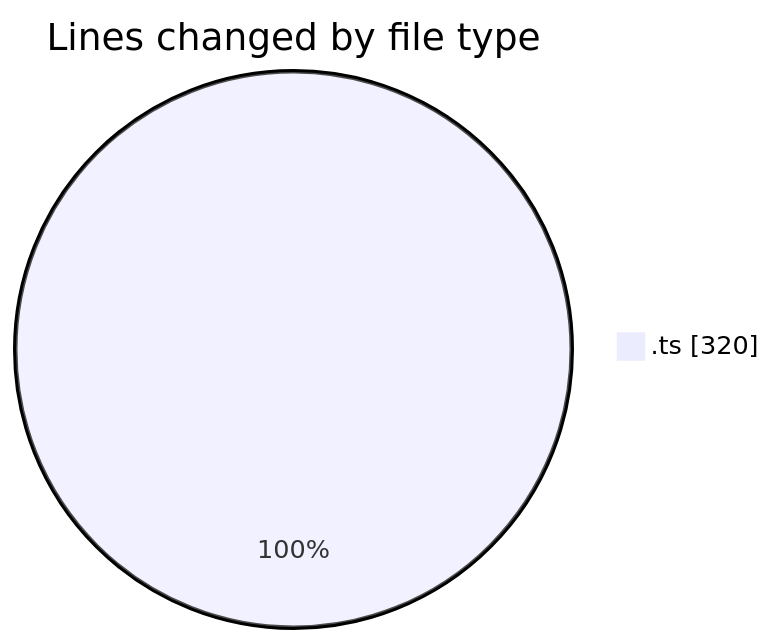
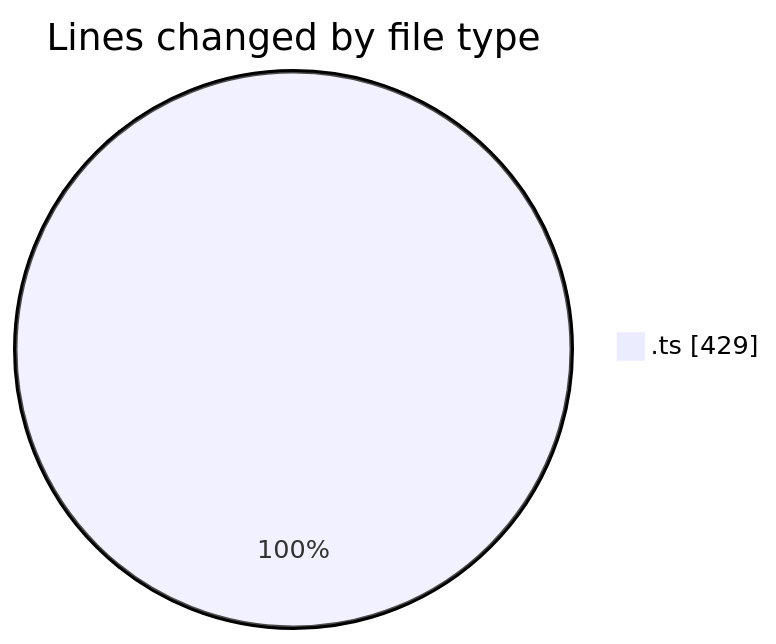
One commit to tmsrecording-cyber/code-tracking changed the first of 2 diagrams in 2026-02-09/singularitybrainai/README.md. Above: the diagram before and after it, drawn with Mermaid. The commit also changed other lines of this file and 1 other file, not shown here.

````diff
--- a/2026-02-09/singularitybrainai/README.md
+++ b/2026-02-09/singularitybrainai/README.md
@@ -21,5 +22,5 @@
 ```mermaid
 pie showData
 title Lines changed by file type
-".ts" : 320
+".ts" : 429
 ```
````
